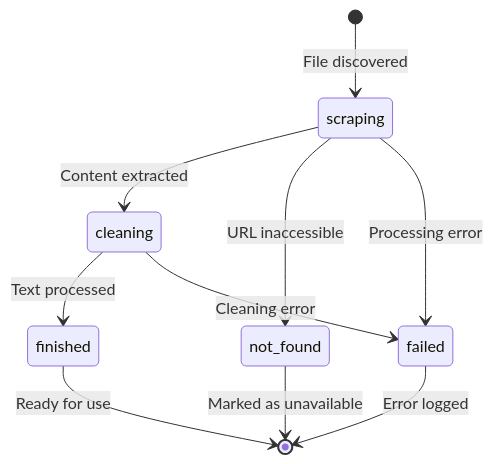
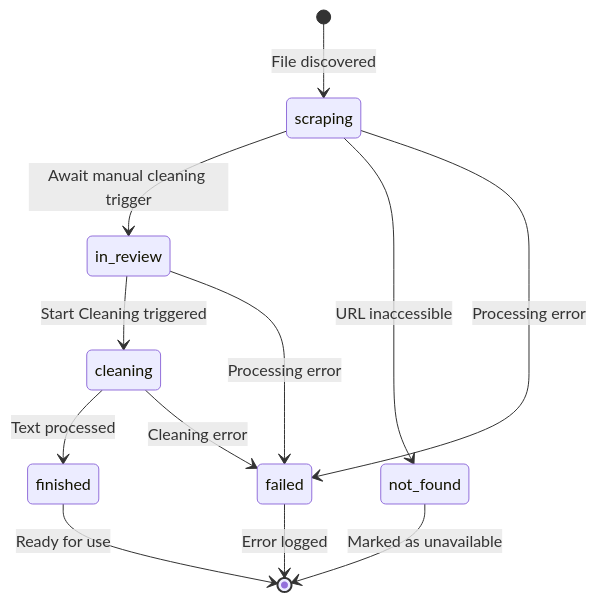
One commit to buerokratt/Common-Knowledge changed the second of 3 diagrams in DATABASE_SCHEMA.md. Above: the diagram before and after it, drawn with Mermaid. The commit also changed other lines of this file and 3 other files, not shown here.

Commit message:
Updated architecture documents

````diff
--- a/DATABASE_SCHEMA.md
+++ b/DATABASE_SCHEMA.md
@@ -184,12 +186,14 @@
 ```mermaid
 stateDiagram-v2
     [*] --> scraping: File discovered
-    scraping --> cleaning: Content extracted
+    scraping --> in_review: Await manual cleaning trigger
+    in_review --> cleaning: Start Cleaning triggered
     cleaning --> finished: Text processed
     scraping --> not_found: URL inaccessible
     scraping --> failed: Processing error
+    in_review --> failed: Processing error
     cleaning --> failed: Cleaning error
     finished --> [*]: Ready for use
     not_found --> [*]: Marked as unavailable
     failed --> [*]: Error logged
 ```
````
